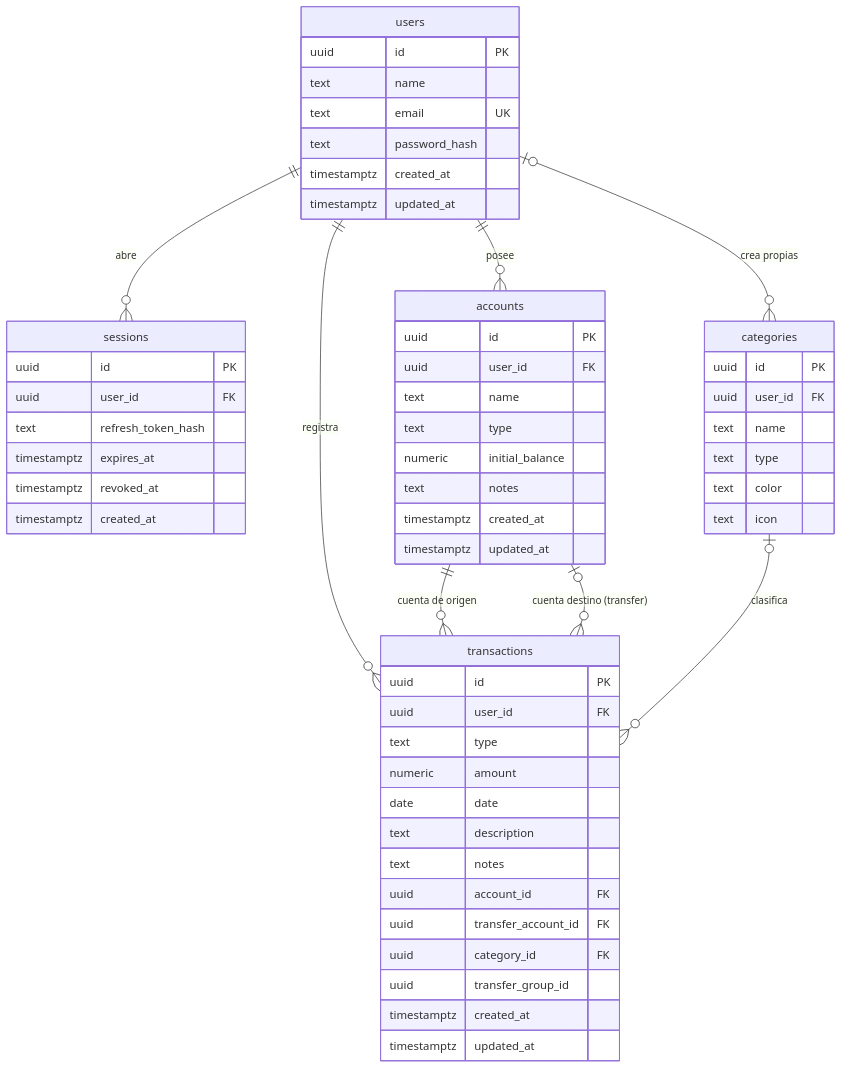
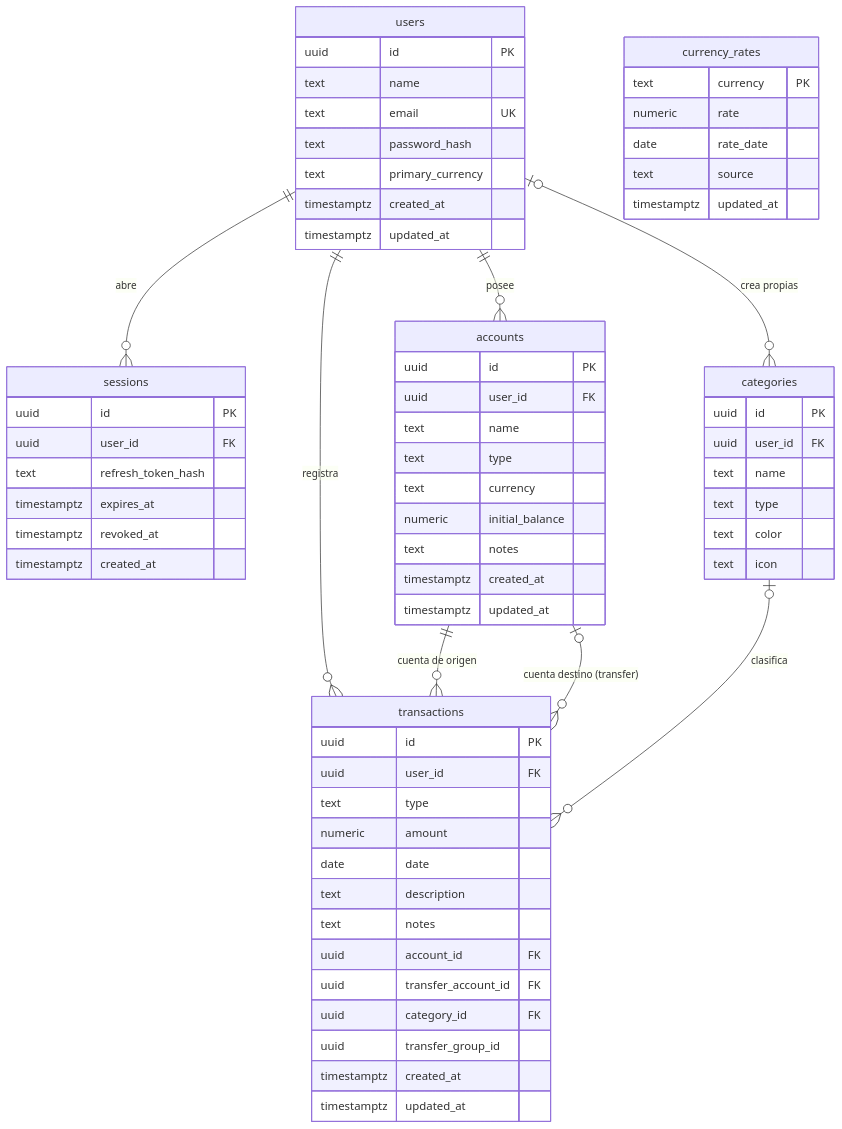
The diagram in docs/architecture/der.md (thomasbarenghi/atlas-finance-unahur), drawn with Mermaid before and after one commit. The commit also changed other lines of this file and 123 other files, not shown here.

````diff
--- a/docs/architecture/der.md
+++ b/docs/architecture/der.md
@@ -9,64 +9,74 @@
 ```mermaid
 erDiagram
   users ||--o{ sessions : "abre"
   users ||--o{ accounts : "posee"
   users ||--o{ transactions : "registra"
   accounts ||--o{ transactions : "cuenta de origen"
   accounts |o--o{ transactions : "cuenta destino (transfer)"
   users |o--o{ categories : "crea propias"
   categories |o--o{ transactions : "clasifica"
 
   users {
     uuid id PK
     text name
     text email UK
     text password_hash
+    text primary_currency
     timestamptz created_at
     timestamptz updated_at
   }
 
   sessions {
     uuid id PK
     uuid user_id FK
     text refresh_token_hash
     timestamptz expires_at
     timestamptz revoked_at
     timestamptz created_at
   }
 
   accounts {
     uuid id PK
     uuid user_id FK
     text name
     text type
+    text currency
     numeric initial_balance
     text notes
     timestamptz created_at
     timestamptz updated_at
   }
 
   categories {
     uuid id PK
     uuid user_id FK
     text name
     text type
     text color
     text icon
   }
 
   transactions {
     uuid id PK
     uuid user_id FK
     text type
     numeric amount
     date date
     text description
     text notes
     uuid account_id FK
     uuid transfer_account_id FK
     uuid category_id FK
     uuid transfer_group_id
     timestamptz created_at
     timestamptz updated_at
   }
+
+  currency_rates {
+    text currency PK
+    numeric rate
+    date rate_date
+    text source
+    timestamptz updated_at
+  }
 ```
````
